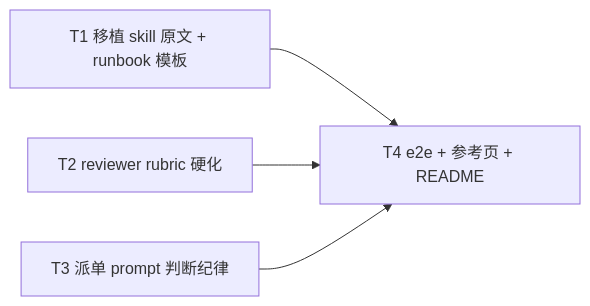
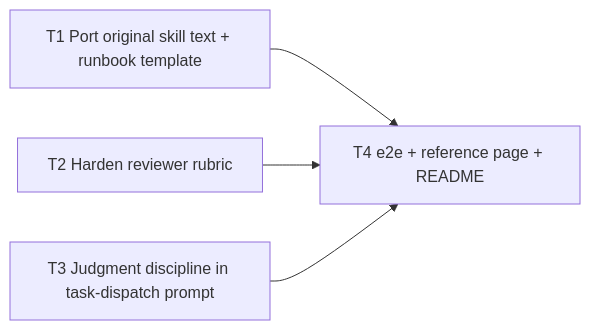
One commit to Curry09/OpenAgents changed the diagram in docs/specs/0044-e2e-real-app-screenshot-evidence-skill.md. Above: the diagram before and after it, drawn with Mermaid. The commit also changed other lines of this file and 461 other files, not shown here.

````diff
--- a/docs/specs/0044-e2e-real-app-screenshot-evidence-skill.md
+++ b/docs/specs/0044-e2e-real-app-screenshot-evidence-skill.md
@@ -131,6 +131,6 @@
 ```mermaid
 graph LR
-  T1[T1 移植 skill 原文 + runbook 模板] --> T4[T4 e2e + 参考页 + README]
-  T2[T2 reviewer rubric 硬化] --> T4
-  T3[T3 派单 prompt 判断纪律] --> T4
+  T1[T1 Port original skill text + runbook template] --> T4[T4 e2e + reference page + README]
+  T2[T2 Harden reviewer rubric] --> T4
+  T3[T3 Judgment discipline in task-dispatch prompt] --> T4
 ```
````
